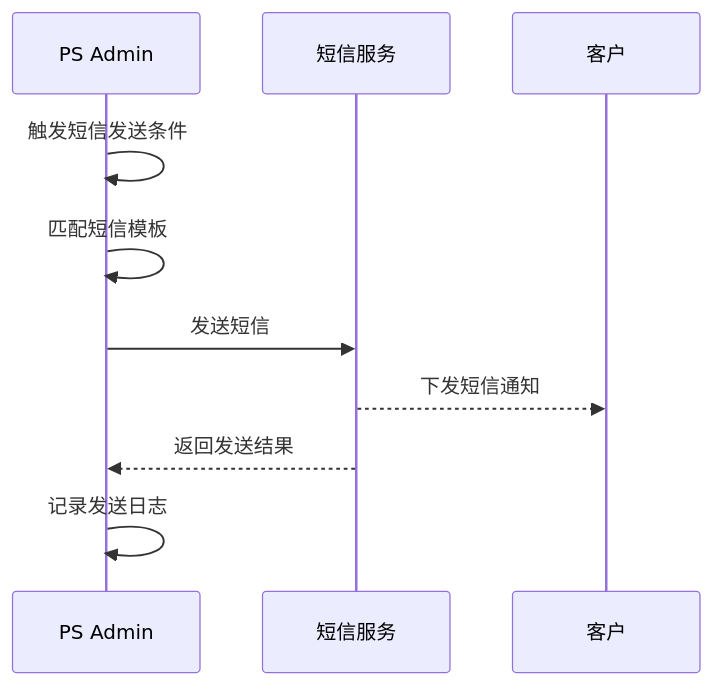
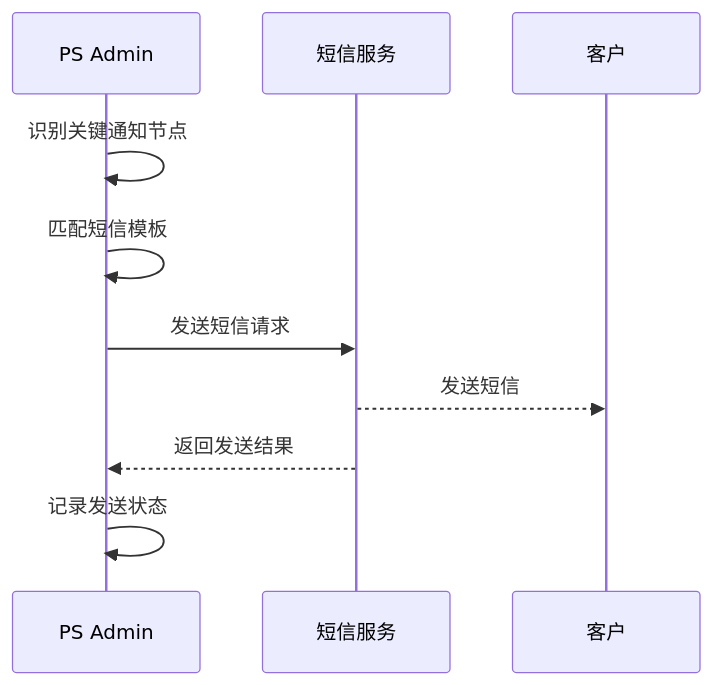
Before and after one commit to guguohai/gmps: diagram 32 of 33 in 文档/GM系统需求说明.md, drawn with Mermaid. The commit also changed other lines of this file and 2 other files, not shown here.

````diff
--- a/文档/GM系统需求说明.md
+++ b/文档/GM系统需求说明.md
@@ -1347,13 +1571,13 @@
 ```mermaid
 sequenceDiagram
-participant A as PS Admin
-participant S as 短信服务
-participant U as 客户
+    participant A as PS Admin
+    participant S as 短信服务
+    participant C as 客户
 
-A ->> A: 触发短信发送条件
-A ->> A: 匹配短信模板
-A ->> S: 发送短信
-S -->> U: 下发短信通知
-S -->> A: 返回发送结果
-A ->> A: 记录发送日志
+    A->>A: 识别关键通知节点
+    A->>A: 匹配短信模板
+    A->>S: 发送短信请求
+    S-->>C: 发送短信
+    S-->>A: 返回发送结果
+    A->>A: 记录发送状态
 ```
````
